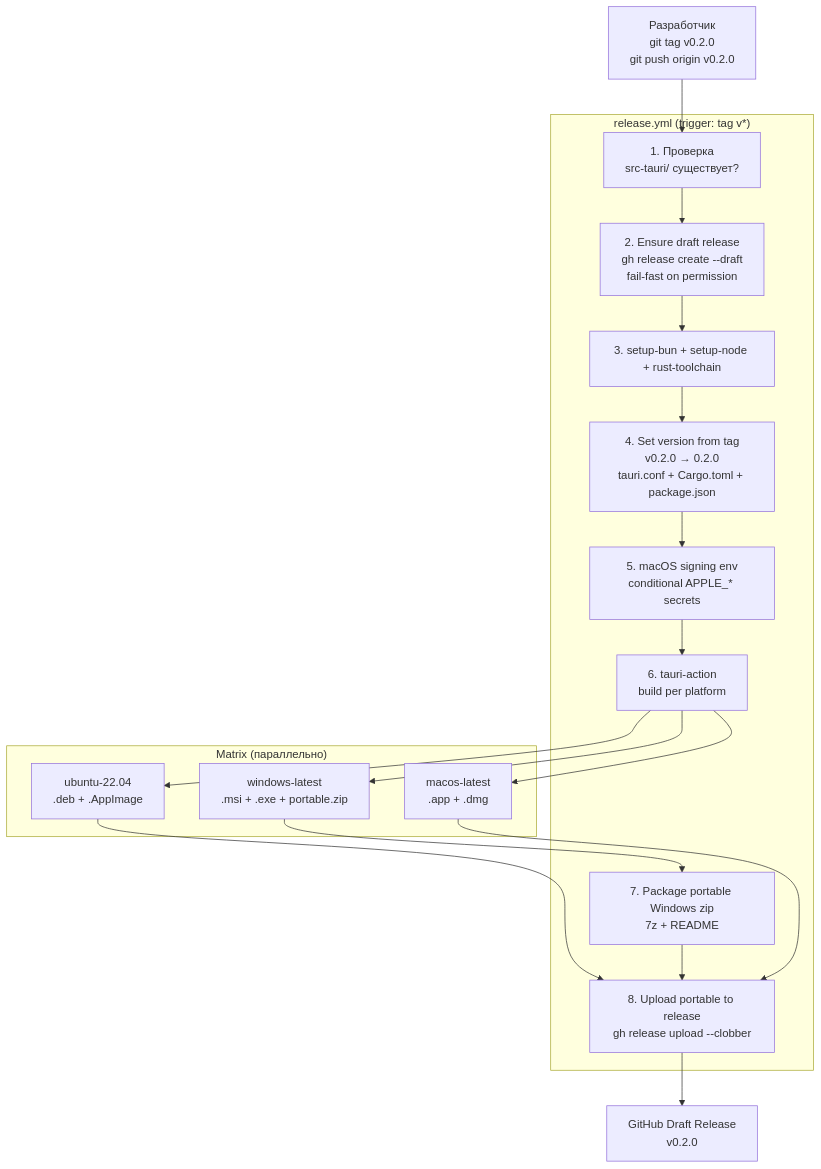
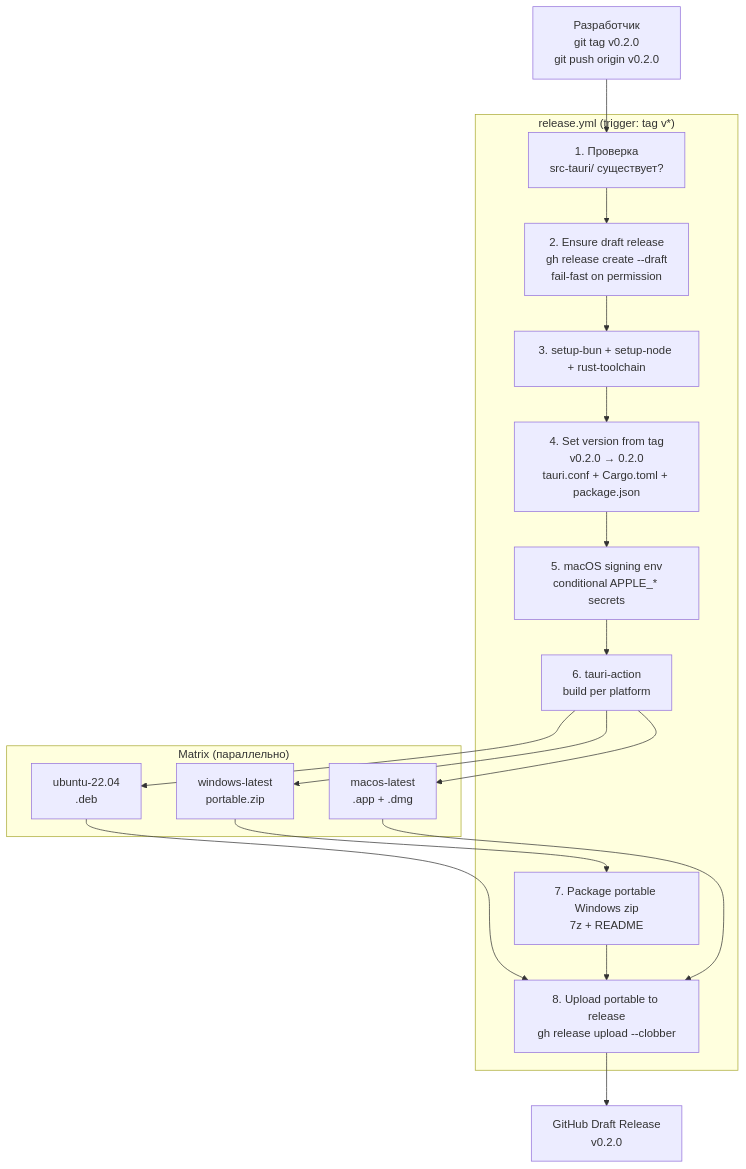
Diagram 11 of 20 in ARCHITECTURE.md (artamonovav/ids), drawn with Mermaid before and after one commit. The commit also changed other lines of this file and 3 other files, not shown here.

````diff
--- a/ARCHITECTURE.md
+++ b/ARCHITECTURE.md
@@ -651,37 +651,37 @@
 ```mermaid
 flowchart TB
     DEV[Разработчик<br/>git tag v0.2.0<br/>git push origin v0.2.0]
 
     subgraph "release.yml (trigger: tag v*)"
         CHECK[1. Проверка<br/>src-tauri/ существует?]
         REL[2. Ensure draft release<br/>gh release create --draft<br/>fail-fast on permission]
         SETUP[3. setup-bun + setup-node + rust-toolchain]
         VARS[4. Set version from tag<br/>v0.2.0 → 0.2.0<br/>tauri.conf + Cargo.toml + package.json]
         SIGN[5. macOS signing env<br/>conditional APPLE_* secrets]
         BUILD[6. tauri-action<br/>build per platform]
         PORT[7. Package portable Windows zip<br/>7z + README]
         UP[8. Upload portable to release<br/>gh release upload --clobber]
     end
 
     subgraph "Matrix (параллельно)"
-        LIN[ubuntu-22.04<br/>.deb + .AppImage]
-        WIN[windows-latest<br/>.msi + .exe + portable.zip]
+        LIN[ubuntu-22.04<br/>.deb]
+        WIN[windows-latest<br/>portable.zip]
         MAC[macos-latest<br/>.app + .dmg]
     end
 
     DEV --> CHECK
     CHECK --> REL
     REL --> SETUP
     SETUP --> VARS
     VARS --> SIGN
     SIGN --> BUILD
     BUILD --> LIN
     BUILD --> WIN
     BUILD --> MAC
     LIN --> UP
     WIN --> PORT
     PORT --> UP
     MAC --> UP
 
     UP --> REL_GH[GitHub Draft Release<br/>v0.2.0]
 ```
````
